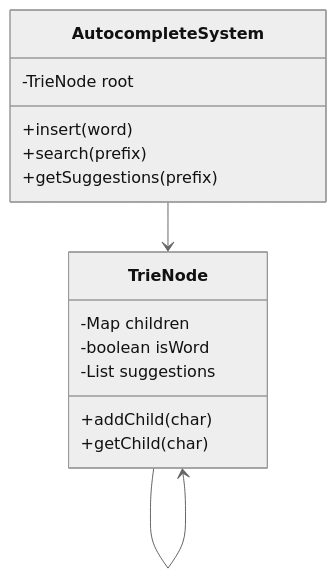
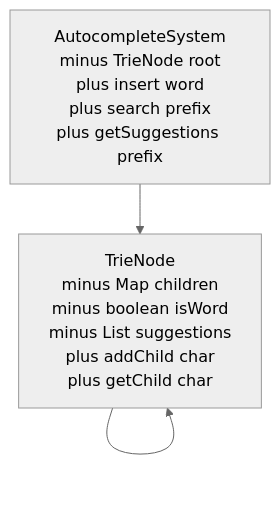
One commit to mthaiseer/springcloud-systemdesign-notes changed diagram 11 of 58 in LLD_NOTES/lld_visual_java_reference_fixed.md. Above: the diagram before and after it, drawn with Mermaid (neutral theme). The commit also changed other lines of this file, not shown here.

````diff
--- a/LLD_NOTES/lld_visual_java_reference_fixed.md
+++ b/LLD_NOTES/lld_visual_java_reference_fixed.md
@@ -647,18 +610,7 @@
 ```mermaid
-classDiagram
-  class AutocompleteSystem {
-    -TrieNode root
-    +insert(word)
-    +search(prefix)
-    +getSuggestions(prefix)
-  }
-  class TrieNode {
-    -Map children
-    -boolean isWord
-    -List suggestions
-    +addChild(char)
-    +getChild(char)
-  }
-  AutocompleteSystem --> TrieNode
-  TrieNode --> TrieNode
+flowchart TD
+  C1["AutocompleteSystem<br/>minus TrieNode root<br/>plus insert word<br/>plus search prefix<br/>plus getSuggestions prefix"]
+  C2["TrieNode<br/>minus Map children<br/>minus boolean isWord<br/>minus List suggestions<br/>plus addChild char<br/>plus getChild char"]
+  C1 --> C2
+  C2 --> C2
 ```
````
